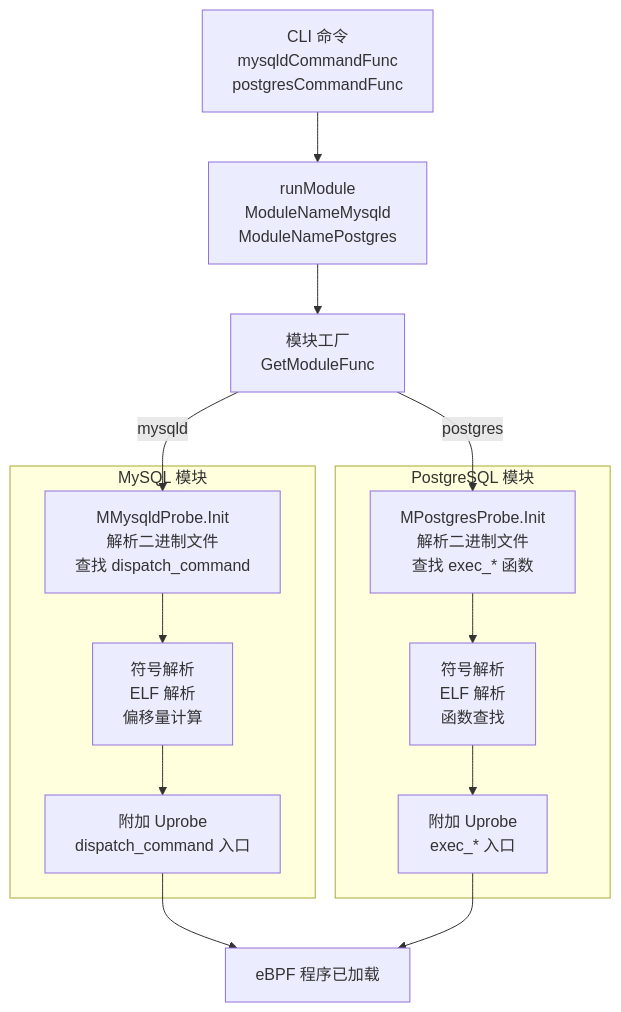
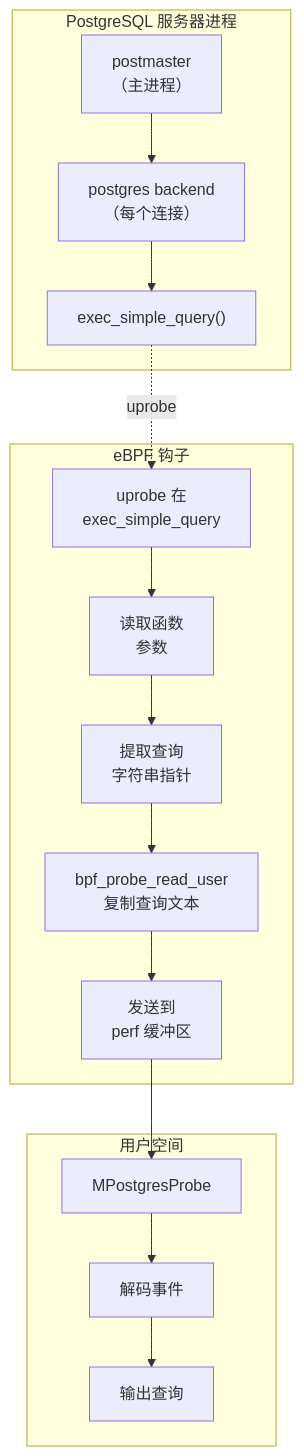
One commit to gojue/ecapture.cc changed the third of 4 diagrams in src/zh/3-capture-modules/3.2.2-database-query-auditing.md. Above: the diagram before and after it, drawn with Mermaid. The commit also changed other lines of this file and 115 other files, not shown here.

````diff
--- a/src/zh/3-capture-modules/3.2.2-database-query-auditing.md
+++ b/src/zh/3-capture-modules/3.2.2-database-query-auditing.md
@@ -335,33 +239,33 @@
 ```mermaid
-flowchart TD
-    CLI["CLI 命令<br/>mysqldCommandFunc<br/>postgresCommandFunc"]
-    RunModule["runModule<br/>ModuleNameMysqld<br/>ModuleNamePostgres"]
-    ModuleFactory["模块工厂<br/>GetModuleFunc"]
-    
-    subgraph "MySQL 模块"
-        MySQLInit["MMysqldProbe.Init<br/>解析二进制文件<br/>查找 dispatch_command"]
-        MySQLOffset["符号解析<br/>ELF 解析<br/>偏移量计算"]
-        MySQLAttach["附加 Uprobe<br/>dispatch_command 入口"]
+graph TB
+    subgraph "PostgreSQL 服务器进程"
+        POSTMASTER["postmaster<br/>（主进程）"]
+        BACKEND["postgres backend<br/>（每个连接）"]
+        EXEC["exec_simple_query()"]
     end
     
-    subgraph "PostgreSQL 模块"
-        PGInit["MPostgresProbe.Init<br/>解析二进制文件<br/>查找 exec_* 函数"]
-        PGOffset["符号解析<br/>ELF 解析<br/>函数查找"]
-        PGAttach["附加 Uprobe<br/>exec_* 入口"]
+    subgraph "eBPF 钩子"
+        UPROBE["uprobe 在<br/>exec_simple_query"]
+        READ_ARGS["读取函数<br/>参数"]
+        EXTRACT["提取查询<br/>字符串指针"]
+        PROBE_READ["bpf_probe_read_user<br/>复制查询文本"]
+        SEND_EVENT["发送到<br/>perf 缓冲区"]
     end
     
-    CLI --> RunModule
-    RunModule --> ModuleFactory
+    subgraph "用户空间"
+        MODULE["MPostgresProbe"]
+        DECODE["解码事件"]
+        OUTPUT["输出查询"]
+    end
     
-    ModuleFactory -->|mysqld| MySQLInit
-    ModuleFactory -->|postgres| PGInit
-    
-    MySQLInit --> MySQLOffset
-    MySQLOffset --> MySQLAttach
-    
-    PGInit --> PGOffset
-    PGOffset --> PGAttach
-    
-    MySQLAttach --> eBPF["eBPF 程序已加载"]
-    PGAttach --> eBPF
+    POSTMASTER --> BACKEND
+    BACKEND --> EXEC
+    EXEC -.uprobe.-> UPROBE
+    UPROBE --> READ_ARGS
+    READ_ARGS --> EXTRACT
+    EXTRACT --> PROBE_READ
+    PROBE_READ --> SEND_EVENT
+    SEND_EVENT --> MODULE
+    MODULE --> DECODE
+    DECODE --> OUTPUT
 ```
````
